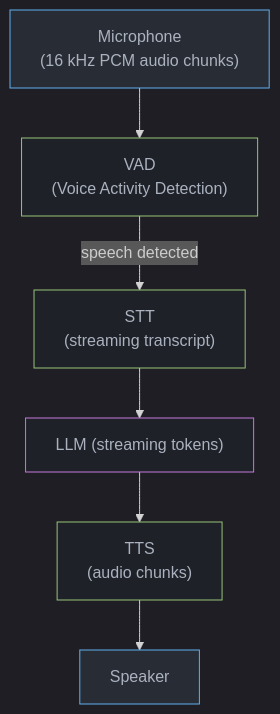
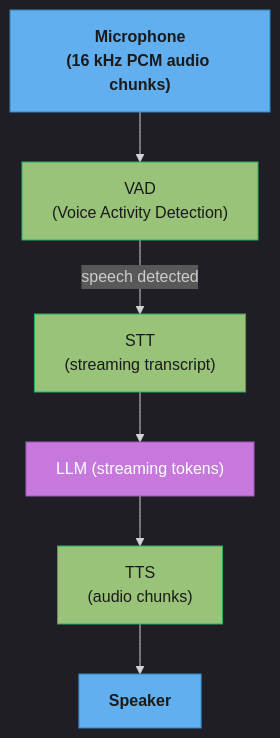
One commit to rppol/system-design changed the first of 2 diagrams in src/main/java/com/rutik/systemdesign/llm/voice_agents/README.md. Above: the diagram before and after it, drawn with Mermaid. The commit also changed other lines of this file and 88 other files, not shown here.

````diff
--- a/src/main/java/com/rutik/systemdesign/llm/voice_agents/README.md
+++ b/src/main/java/com/rutik/systemdesign/llm/voice_agents/README.md
@@ -59,20 +59,24 @@
 ```mermaid
 %%{init: {'flowchart': {'curve': 'basis'}, 'theme': 'dark'}}%%
 flowchart TD
-    classDef io   fill:#282c34,stroke:#61afef,color:#abb2bf
-    classDef proc fill:#1e2127,stroke:#98c379,color:#abb2bf
-    classDef llm  fill:#1e2127,stroke:#c678dd,color:#abb2bf
+    classDef io      fill:#61afef,stroke:#2e86c1,color:#1a1a1a,font-weight:bold
+    classDef frozen  fill:#c678dd,stroke:#9b59b6,color:#fff
+    classDef train   fill:#98c379,stroke:#27ae60,color:#1a1a1a
+    classDef mathOp  fill:#d19a66,stroke:#e67e22,color:#1a1a1a,font-weight:bold
+    classDef lossN   fill:#e06c75,stroke:#c0392b,color:#fff,font-weight:bold
+    classDef req     fill:#56b6c2,stroke:#0097a7,color:#1a1a1a
+    classDef base    fill:#e5c07b,stroke:#f39c12,color:#1a1a1a
 
     MIC["Microphone\n(16 kHz PCM audio chunks)"]
     VAD["VAD\n(Voice Activity Detection)"]
     STT["STT\n(streaming transcript)"]
     LLM["LLM (streaming tokens)"]
     TTS["TTS\n(audio chunks)"]
     SPK["Speaker"]
 
     MIC --> VAD -->|"speech detected"| STT --> LLM --> TTS --> SPK
 
     class MIC,SPK io
-    class VAD,STT,TTS proc
-    class LLM llm
+    class VAD,STT,TTS train
+    class LLM frozen
 ```
````
